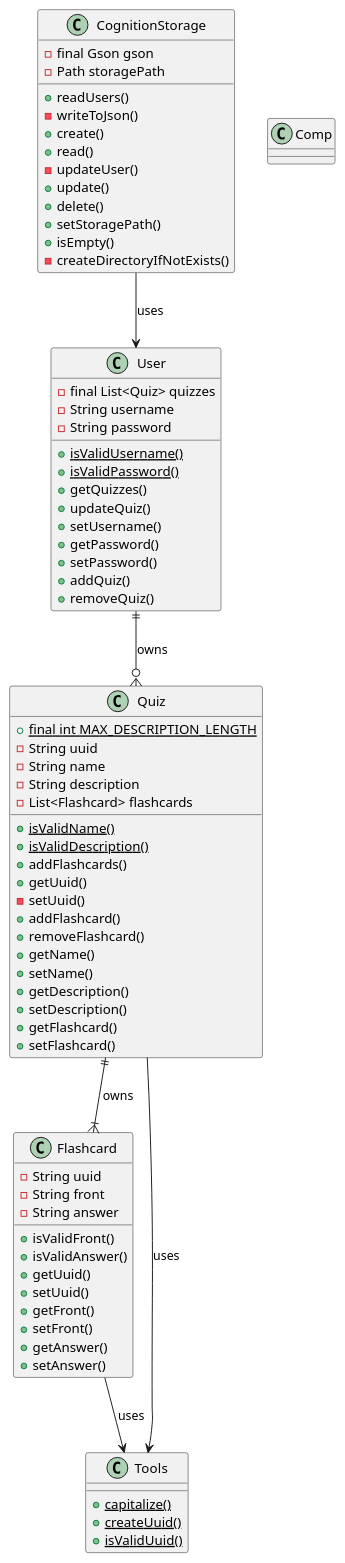
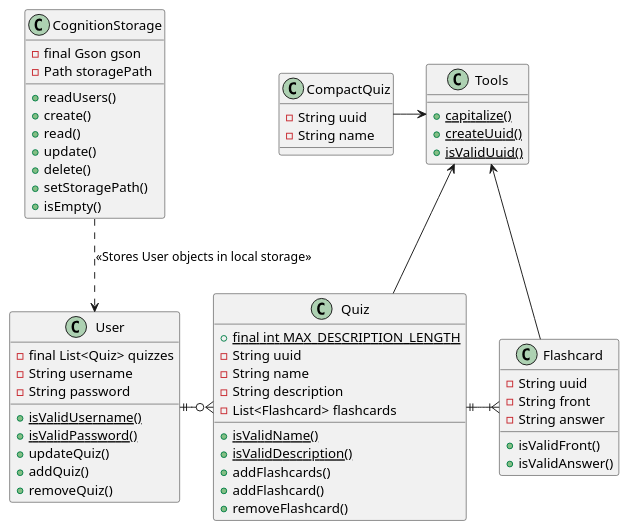
One commit to HenrikSkog/cognition changed the diagram in docs/plantuml/release3/core_diagram.puml. Above: the diagram before and after it, drawn with PlantUML. The commit also changed 8 other files, not shown here.

First line of the commit message:
feat: Add core and api diagrams

```diff
--- a/docs/plantuml/release3/core_diagram.puml
+++ b/docs/plantuml/release3/core_diagram.puml
@@ -1,82 +1,68 @@
 @startuml
 'https://plantuml.com/es/class-diagram
 
 class Flashcard{
 -String uuid
 -String front
 -String answer
 
 +isValidFront()
 +isValidAnswer()
-+getUuid()
-+setUuid()
-+getFront()
-+setFront()
-+getAnswer()
-+setAnswer()
+
 
 }
 class Quiz{
 +{static}final int MAX_DESCRIPTION_LENGTH
 -String uuid
 -String name
 -String description
 -List<Flashcard> flashcards
 +{static}isValidName()
 +{static}isValidDescription()
 +addFlashcards()
-+getUuid()
--setUuid()
 +addFlashcard()
 +removeFlashcard()
-+getName()
-+setName()
-+getDescription()
-+setDescription()
-+getFlashcard()
-+setFlashcard()
 }
 class User{
 -final List<Quiz> quizzes
 -String username
 -String password
 +{static}isValidUsername()
 +{static}isValidPassword()
-+getQuizzes()
 +updateQuiz()
-+setUsername()
-+getPassword()
-+setPassword()
 +addQuiz()
 +removeQuiz()
 }
 class Tools{
 +{static}capitalize()
 +{static}createUuid()
 +{static}isValidUuid()
 }
 
 class CognitionStorage{
 -final Gson gson
 -Path storagePath
 +readUsers()
--writeToJson()
 +create()
 +read()
--updateUser()
 +update()
 +delete()
 +setStoragePath()
 +isEmpty()
--createDirectoryIfNotExists()
 }
 
-class Comp
+class CompactQuiz{
+- String uuid
+- String name
+}
 
-User ||--o{ Quiz: owns
-Quiz ||--|{ Flashcard: owns
+User ||-o{ Quiz
+Quiz ||-|{ Flashcard
 
-Quiz --> Tools :uses
-Flashcard --> Tools: uses
-CognitionStorage --> User: uses
+Tools <-- Quiz
+Tools <-- Flashcard
+
+CompactQuiz -> Tools
+
+CognitionStorage ..> User: <<Stores User objects in local storage>>
 @enduml
```
